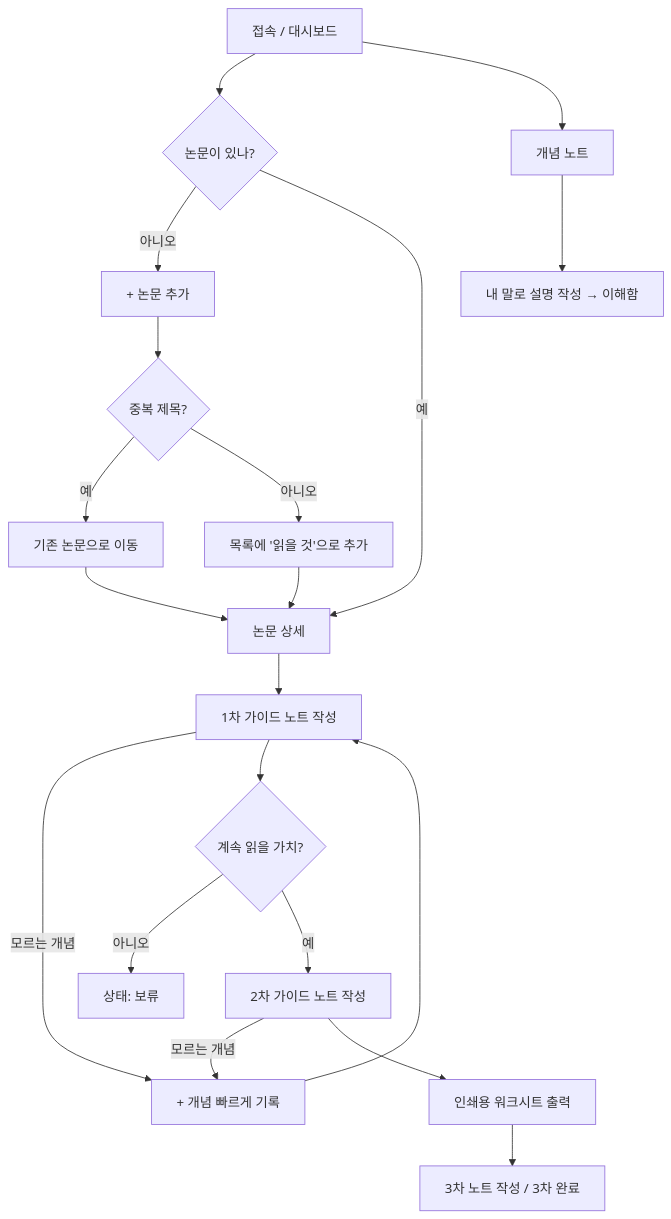
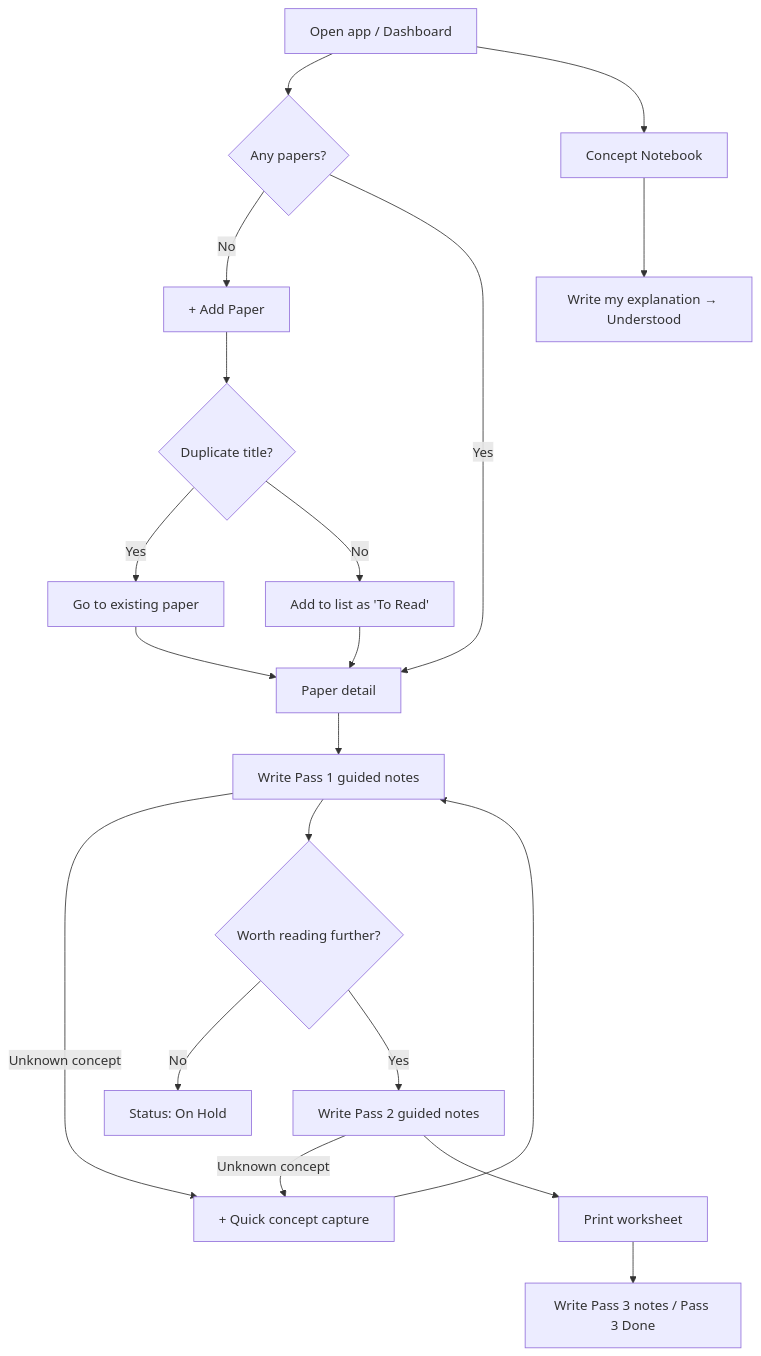
Before and after one commit to seokjin020416/AI_101_sample_project: the diagram in docs/PRD.md, drawn with Mermaid. The commit also changed other lines of this file, not shown here.

````diff
--- a/docs/PRD.md
+++ b/docs/PRD.md
@@ -109,22 +109,22 @@
 ```mermaid
 flowchart TD
-    A[접속 / 대시보드] --> B{논문이 있나?}
-    B -- 아니오 --> C[+ 논문 추가]
-    C --> D{중복 제목?}
-    D -- 예 --> E[기존 논문으로 이동]
-    D -- 아니오 --> F[목록에 '읽을 것'으로 추가]
-    B -- 예 --> G[논문 상세]
+    A[Open app / Dashboard] --> B{Any papers?}
+    B -- No --> C[+ Add Paper]
+    C --> D{Duplicate title?}
+    D -- Yes --> E[Go to existing paper]
+    D -- No --> F[Add to list as 'To Read']
+    B -- Yes --> G[Paper detail]
     E --> G
     F --> G
-    G --> H[1차 가이드 노트 작성]
-    H -->|모르는 개념| K[+ 개념 빠르게 기록]
+    G --> H[Write Pass 1 guided notes]
+    H -->|Unknown concept| K[+ Quick concept capture]
     K --> H
-    H --> I{계속 읽을 가치?}
-    I -- 아니오 --> J[상태: 보류]
-    I -- 예 --> L[2차 가이드 노트 작성]
-    L -->|모르는 개념| K
-    L --> M[인쇄용 워크시트 출력]
-    M --> N[3차 노트 작성 / 3차 완료]
-    A --> O[개념 노트]
-    O --> P[내 말로 설명 작성 → 이해함]
+    H --> I{Worth reading further?}
+    I -- No --> J[Status: On Hold]
+    I -- Yes --> L[Write Pass 2 guided notes]
+    L -->|Unknown concept| K
+    L --> M[Print worksheet]
+    M --> N[Write Pass 3 notes / Pass 3 Done]
+    A --> O[Concept Notebook]
+    O --> P[Write my explanation → Understood]
 ```
````
